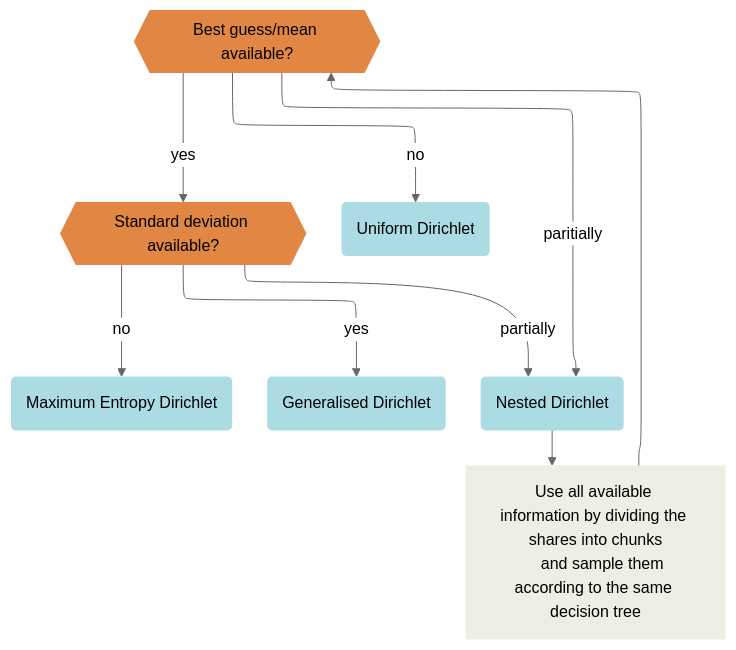
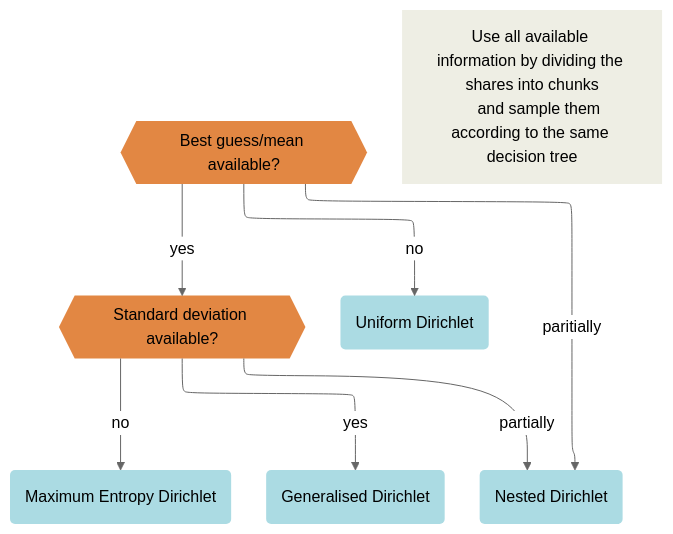
The third of 3 diagrams in docs/content/theory.md (jakobsarthur/maxent_disaggregation), drawn with Mermaid (neutral theme) before and after one commit.

Commit message:
update theory decision tree disagg

````diff
--- a/docs/content/theory.md
+++ b/docs/content/theory.md
@@ -125,26 +125,24 @@
 ```{mermaid}
 flowchart-elk TD
     %% Define node classes
     classDef decision fill:#e28743,color:black,stroke:none;
     classDef distribution fill:#abdbe3,color:black,stroke:none;
     classDef explanationnode fill:#eeeee4,color:black,stroke:none;
 
     MeanDecision{{"Best guess/mean available?"}}:::decision
     SDDecision{{"Standard deviation available?"}}:::decision
     MaxEntDir("Maximum Entropy Dirichlet"):::distribution
     GenDir("Generalised Dirichlet"):::distribution
     NestedDir("Nested Dirichlet"):::distribution
     UniformDir("Uniform Dirichlet"):::distribution
     NestedDir2["Use all available information by dividing the shares into chunks
     and sample them according to the same decision tree"]:::explanationnode
 
     %% Define connections
     MeanDecision -- "no" --> UniformDir
     MeanDecision -- "yes" --> SDDecision
     MeanDecision -- "paritially" --> NestedDir
     SDDecision -- "no" --> MaxEntDir
     SDDecision -- "yes" --> GenDir
     SDDecision -- "partially" --> NestedDir
-    NestedDir --> NestedDir2
-    NestedDir2 --> MeanDecision
 ```
````
